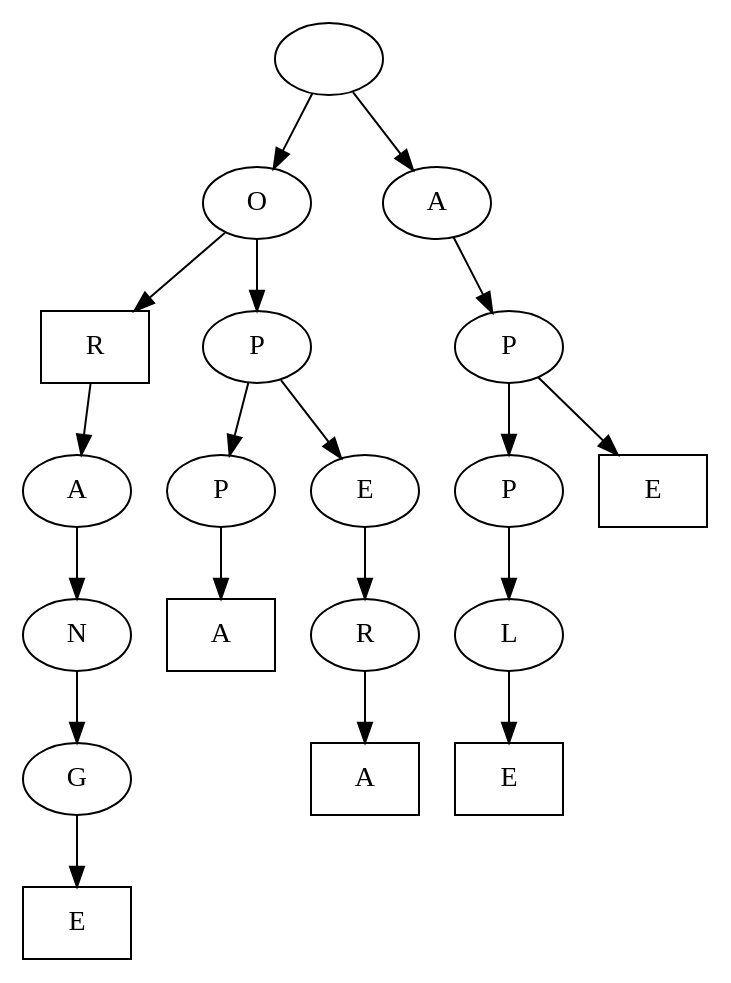
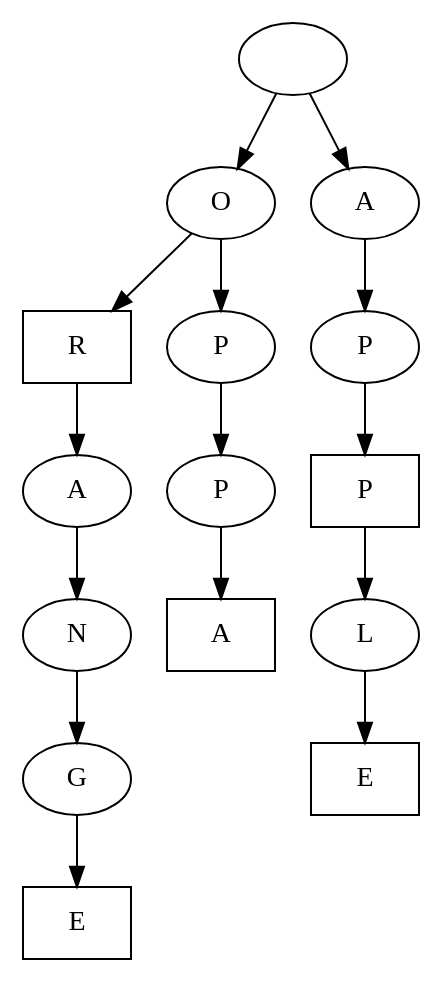
One commit to keithstellyes/Pretty-Data-Stuctures changed the diagram in trie.dot. Above: the diagram before and after it, drawn with Graphviz. The commit also changed 15 other files, not shown here.

```diff
--- a/trie.dot
+++ b/trie.dot
@@ -1,39 +1,31 @@
 digraph {
     a [label=""];
     b [label="O"];
     c [label="R", shape=box];
     d [label="A"];
     e [label="N"];
     f [label="G"];
     g [label="E", shape=box];
     h [label="P"];
     i [label="P"];
     j [label="A", shape=box];
-    k [label="E"];
-    l [label="R"];
-    m [label="A", shape=box];
-    n [label="A"];
-    o [label="P"];
-    p [label="P"];
-    q [label="L"];
-    r [label="E", shape=box];
-    s [label="E", shape=box];
+    k [label="A"];
+    l [label="P"];
+    m [label="P", shape=box];
+    n [label="L"];
+    o [label="E", shape=box];
     f -> g
     e -> f
     d -> e
     c -> d
     b -> c
     i -> j
     h -> i
+    b -> h
+    a -> b
+    n -> o
+    m -> n
     l -> m
     k -> l
-    h -> k
-    b -> h
-    a -> b
-    q -> r
-    p -> q
-    o -> p
-    o -> s
-    n -> o
-    a -> n
+    a -> k
 }
```
